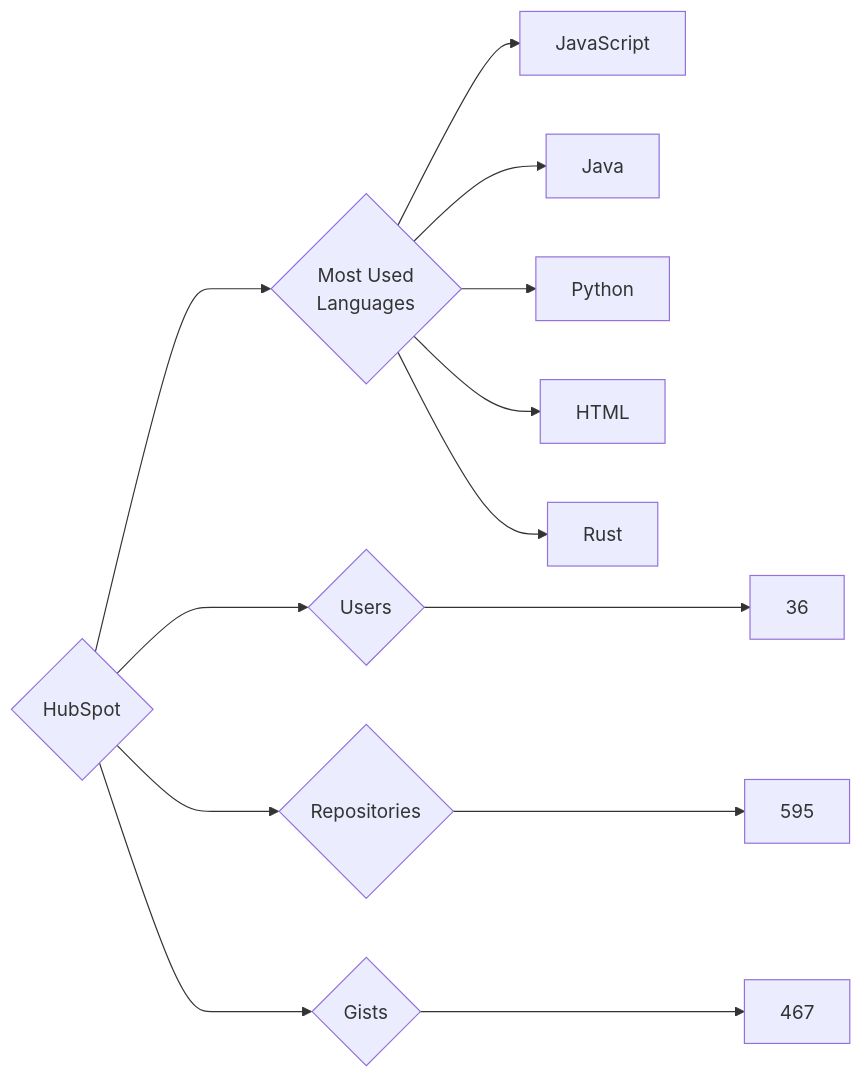
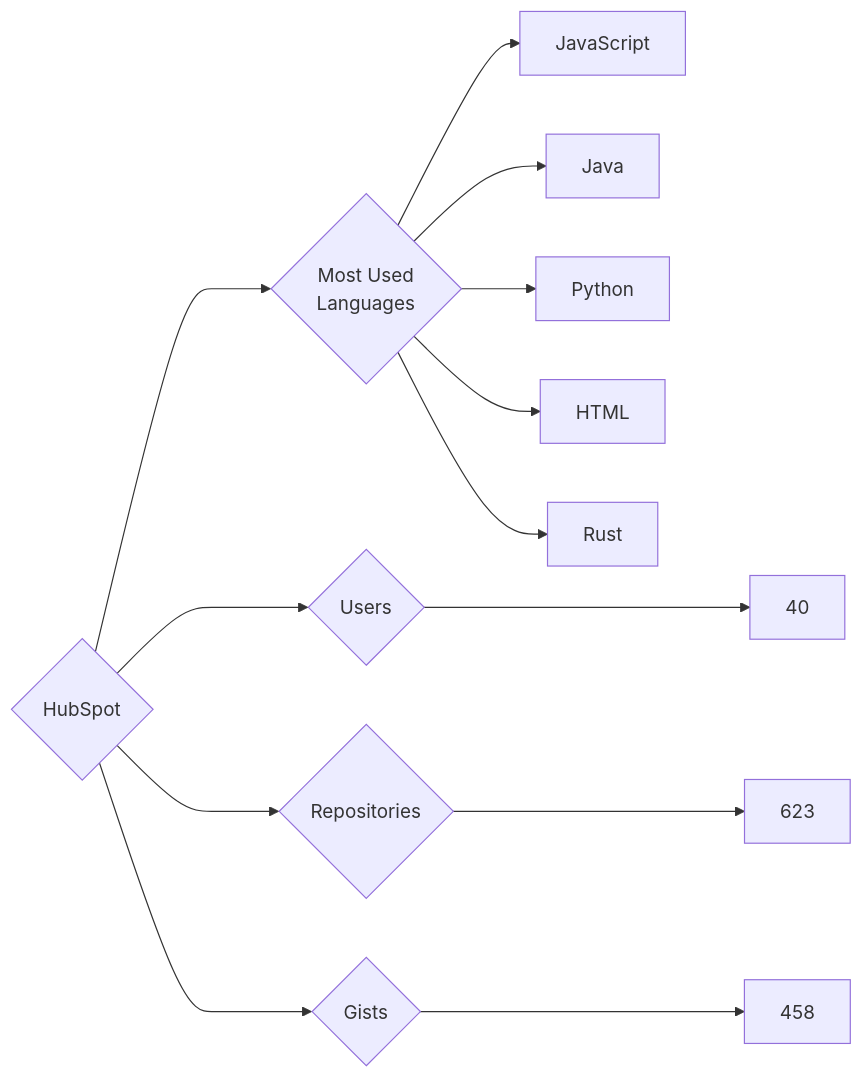
The diagram in targets/HubSpot/README.md (trickest/insiders), drawn with Mermaid before and after one commit. The commit also changed 640 other files, not shown here.

````diff
--- a/targets/HubSpot/README.md
+++ b/targets/HubSpot/README.md
@@ -3,13 +3,13 @@
 ```mermaid
 graph LR
 COMPANY_NAME{HubSpot}
-COMPANY_NAME ---> U{Users} ---> UN[36]
-COMPANY_NAME ---> R{Repositories} ---> RN[595]
-COMPANY_NAME ---> G{Gists} ---> GN[467]
+COMPANY_NAME ---> U{Users} ---> UN[40]
+COMPANY_NAME ---> R{Repositories} ---> RN[623]
+COMPANY_NAME ---> G{Gists} ---> GN[458]
 COMPANY_NAME ---> ML{Most Used<br>Languages}
 ML --> JavaScript[JavaScript]
 ML --> Java[Java]
 ML --> Python[Python]
 ML --> HTML[HTML]
 ML --> Rust[Rust]
 ```
````
